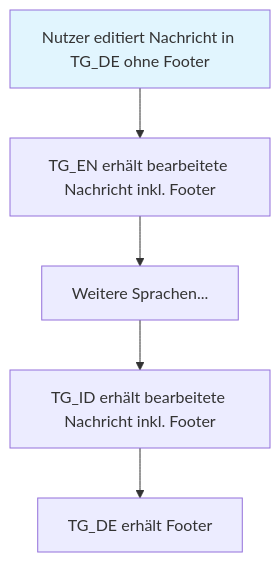
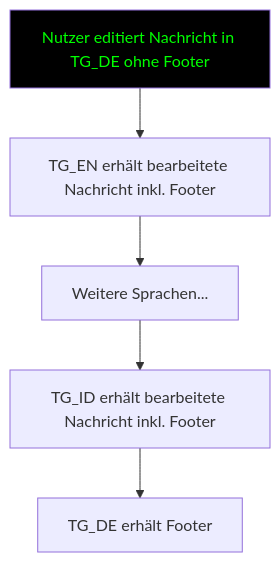
One commit to militaernews/ptb-mn changed the second of 2 diagrams in docs/USAGE.md. Above: the diagram before and after it, drawn with Mermaid. The commit also changed other lines of this file, not shown here.

````diff
--- a/docs/USAGE.md
+++ b/docs/USAGE.md
@@ -72,9 +72,9 @@
 ```mermaid
 flowchart TD
     A[Nutzer editiert Nachricht in TG_DE ohne Footer] --> B[TG_EN erhält bearbeitete Nachricht inkl. Footer]
     B --> C[Weitere Sprachen...]
     C --> D[TG_ID erhält bearbeitete Nachricht inkl. Footer]
     D --> E[TG_DE erhält Footer]
     
-    style A fill:#e1f5fe
+    style A fill:#000000,color:#00FF00
 ```
````
